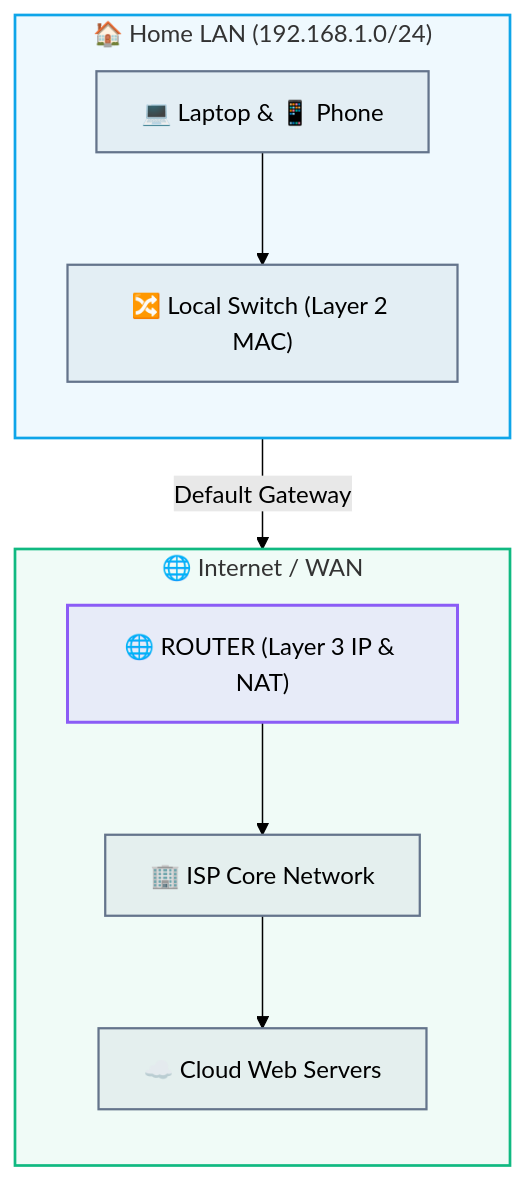
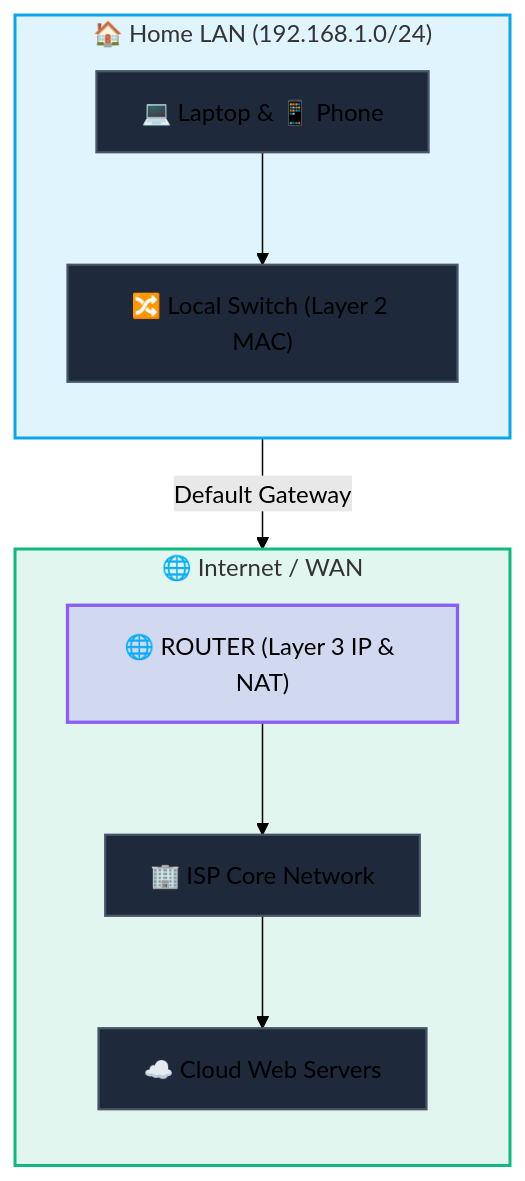
The third of 5 diagrams in CS/Computer Networking/01. Architecture & Fundamentals/05. Network Hardware - Hub, Switch, Router, Modem.md (abhinavbharti2345/CS_Notes), drawn with Mermaid (forest theme) before and after one commit. The commit also changed other lines of this file and 20 other files, not shown here.

Commit message:
feat: add foundational notes and diagrams for computer networking, data structures, and machine learning pipelines

````diff
--- a/CS/Computer Networking/01. Architecture & Fundamentals/05. Network Hardware - Hub, Switch, Router, Modem.md
+++ b/CS/Computer Networking/01. Architecture & Fundamentals/05. Network Hardware - Hub, Switch, Router, Modem.md
@@ -103,24 +103,24 @@
 ```mermaid
 flowchart TD
     subgraph LAN ["🏠 Home LAN (192.168.1.0/24)"]
         direction TD
         Devices["💻 Laptop & 📱 Phone"] --> SwitchHome["🔀 Local Switch (Layer 2 MAC)"]
     end
 
     SwitchHome -->|"Default Gateway"| Router["🌐 ROUTER (Layer 3 IP & NAT)"]
     
     subgraph WAN ["🌐 Internet / WAN"]
         direction TD
         Router --> ISP["🏢 ISP Core Network"] --> Cloud["☁️ Cloud Web Servers"]
     end
 
-    classDef lan fill:#0ea5e910,stroke:#0ea5e9,stroke-width:1.8px;
-    classDef rtr fill:#8b5cf618,stroke:#8b5cf6,stroke-width:2px;
-    classDef wan fill:#10b98110,stroke:#10b981,stroke-width:1.8px;
-    classDef nodeStyle fill:#64748b15,stroke:#64748b,stroke-width:1.5px;
+    classDef lan fill:#0ea5e920,stroke:#0ea5e9,stroke-width:2px;
+    classDef rtr fill:#8b5cf630,stroke:#8b5cf6,stroke-width:2.2px;
+    classDef wan fill:#10b98120,stroke:#10b981,stroke-width:2px;
+    classDef nodeStyle fill:#1e293b,stroke:#475569,stroke-width:1.5px;
 
     class LAN lan;
     class WAN wan;
     class Router rtr;
     class Devices,SwitchHome,ISP,Cloud nodeStyle;
 ```
````
